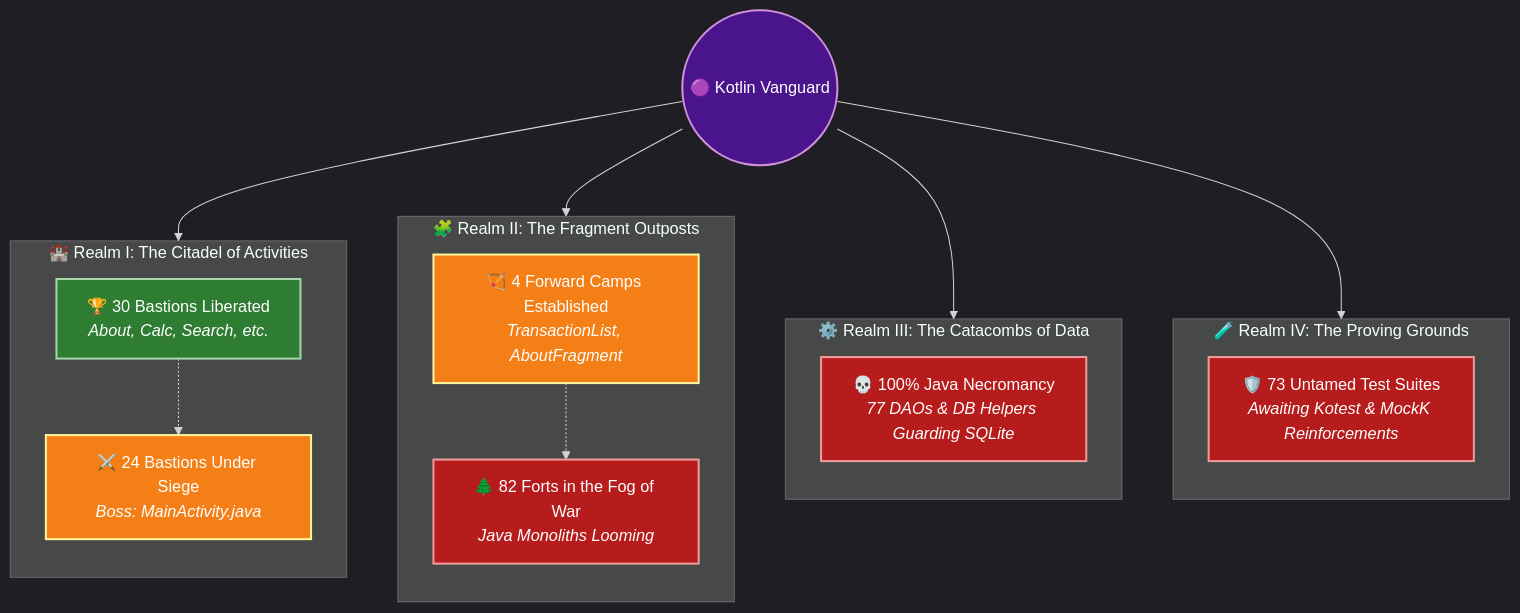
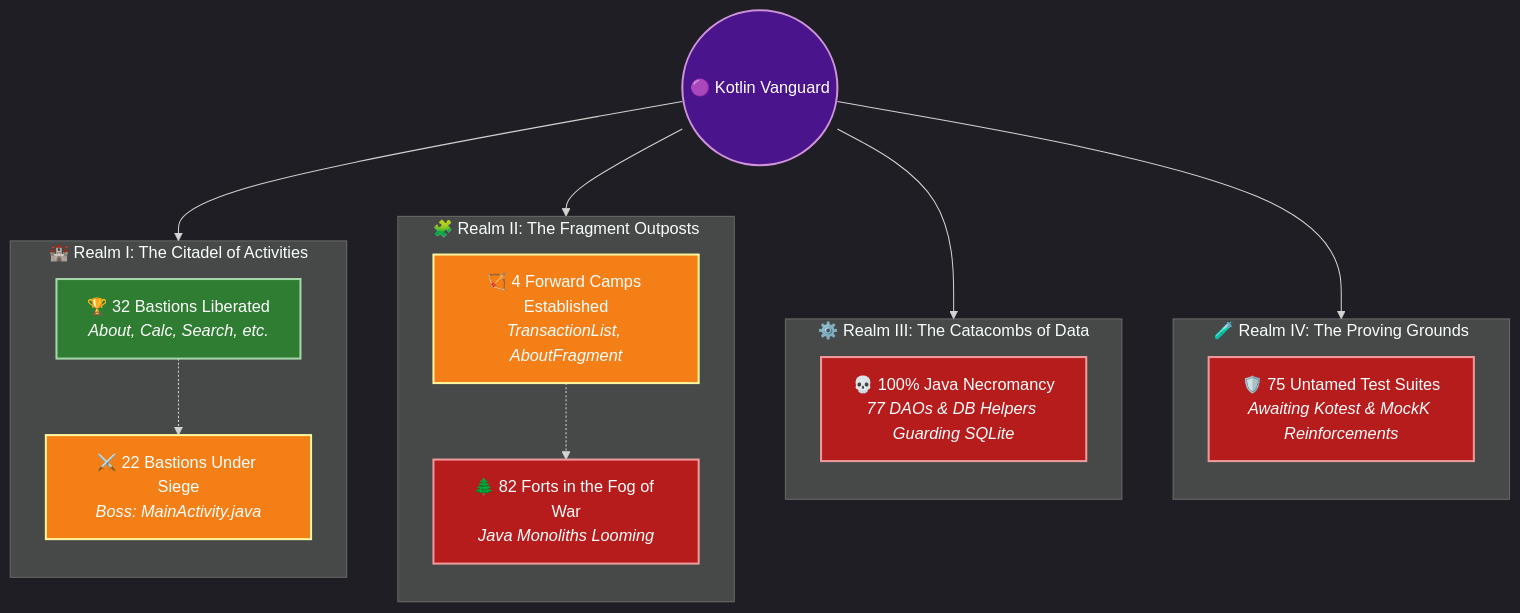
One commit to solomonrajan/cashledger changed the second of 3 diagrams in KOTLIN_MIGRATION_REPORT.md. Above: the diagram before and after it, drawn with Mermaid. The commit also changed other lines of this file, not shown here.

````diff
--- a/KOTLIN_MIGRATION_REPORT.md
+++ b/KOTLIN_MIGRATION_REPORT.md
@@ -29,37 +29,37 @@
 ```mermaid
 %%{init: {'theme': 'dark', 'themeVariables': { 'fontFamily': 'monospace' }}}%%
 flowchart TD
     classDef liberated fill:#2e7d32,stroke:#a5d6a7,stroke-width:2px,color:#ffffff;
     classDef siege fill:#f57f17,stroke:#fff59d,stroke-width:2px,color:#ffffff;
     classDef occupied fill:#b71c1c,stroke:#ef9a9a,stroke-width:2px,color:#ffffff;
     classDef portal fill:#4a148c,stroke:#ce93d8,stroke-width:2px,color:#ffffff;
 
     Start((🟣 Kotlin Vanguard)):::portal --> Castle
     Start --> Valley
     Start --> Dungeon
     Start --> Arena
 
     subgraph Castle["🏰 Realm I: The Citadel of Activities"]
         direction TB
-        A_Won["🏆 30 Bastions Liberated<br/><i>About, Calc, Search, etc.</i>"]:::liberated
-        A_Siege["⚔️ 24 Bastions Under Siege<br/><i>Boss: MainActivity.java</i>"]:::siege
+        A_Won["🏆 32 Bastions Liberated<br/><i>About, Calc, Search, etc.</i>"]:::liberated
+        A_Siege["⚔️ 22 Bastions Under Siege<br/><i>Boss: MainActivity.java</i>"]:::siege
         A_Won -.-> A_Siege
     end
 
     subgraph Valley["🧩 Realm II: The Fragment Outposts"]
         direction TB
         F_Scout["🏹 4 Forward Camps Established<br/><i>TransactionList, AboutFragment</i>"]:::siege
         F_Wild["🌲 82 Forts in the Fog of War<br/><i>Java Monoliths Looming</i>"]:::occupied
         F_Scout -.-> F_Wild
     end
 
     subgraph Dungeon["⚙️ Realm III: The Catacombs of Data"]
         direction TB
         D_Curse["💀 100% Java Necromancy<br/><i>77 DAOs & DB Helpers Guarding SQLite</i>"]:::occupied
     end
 
     subgraph Arena["🧪 Realm IV: The Proving Grounds"]
         direction TB
-        T_Trial["🛡️ 73 Untamed Test Suites<br/><i>Awaiting Kotest & MockK Reinforcements</i>"]:::occupied
+        T_Trial["🛡️ 75 Untamed Test Suites<br/><i>Awaiting Kotest & MockK Reinforcements</i>"]:::occupied
     end
 ```
````
